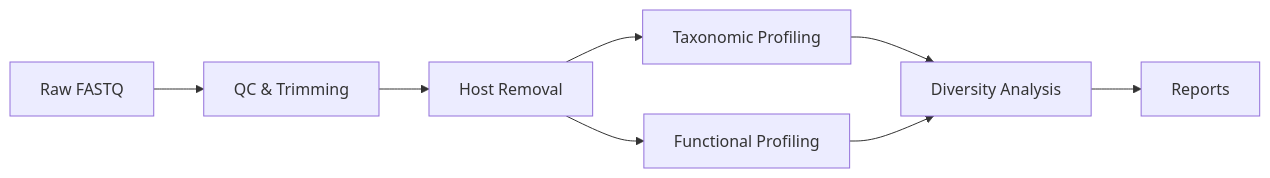
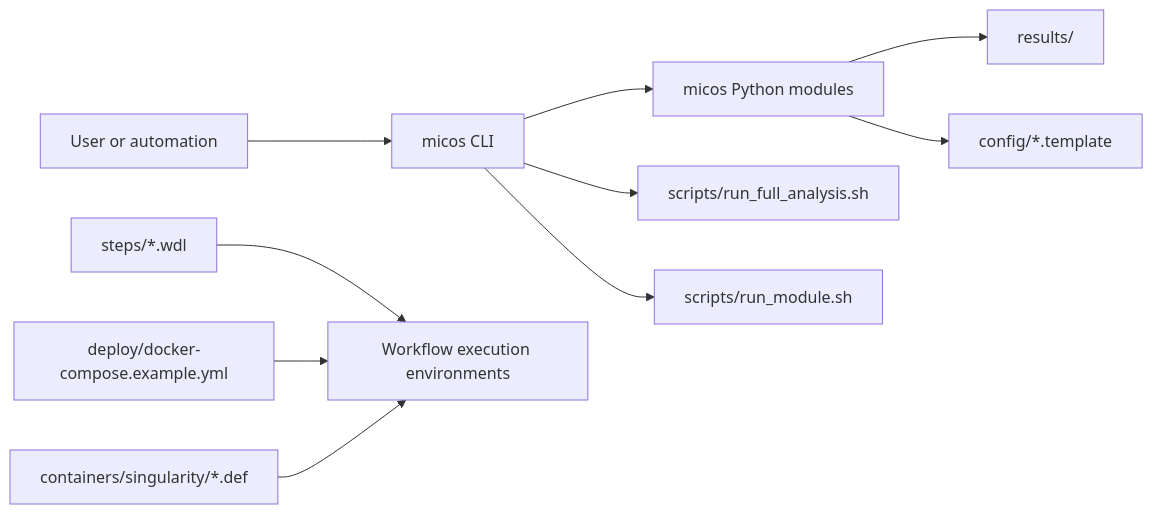
Before and after one commit to LessUp/micos-2024: the diagram in docs/en/index.md, drawn with Mermaid. The commit also changed other lines of this file and 50 other files, not shown here.

````diff
--- a/docs/en/index.md
+++ b/docs/en/index.md
@@ -113,10 +183,12 @@
 ```mermaid
-graph LR
-    A[Raw FASTQ] --> B[QC & Trimming]
-    B --> C[Host Removal]
-    C --> D[Taxonomic Profiling]
-    C --> E[Functional Profiling]
-    D --> F[Diversity Analysis]
-    E --> F
-    F --> G[Reports]
+flowchart LR
+    A[User or automation] --> B[micos CLI]
+    B --> C[micos Python modules]
+    B --> D[scripts/run_full_analysis.sh]
+    B --> E[scripts/run_module.sh]
+    C --> F[results/]
+    C --> G[config/*.template]
+    H[steps/*.wdl] --> I[Workflow execution environments]
+    J[deploy/docker-compose.example.yml] --> I
+    K[containers/singularity/*.def] --> I
 ```
````
